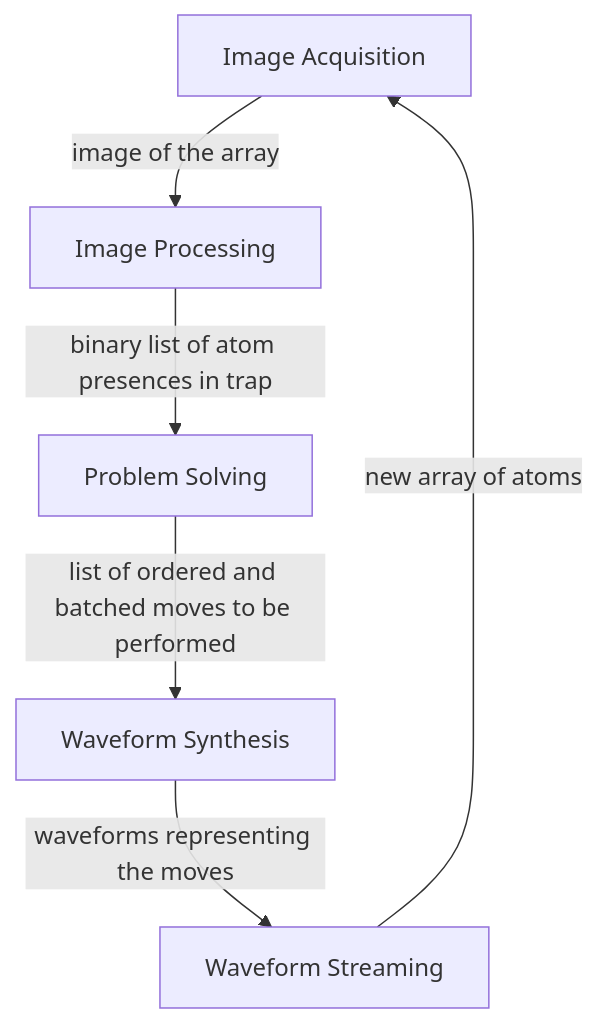
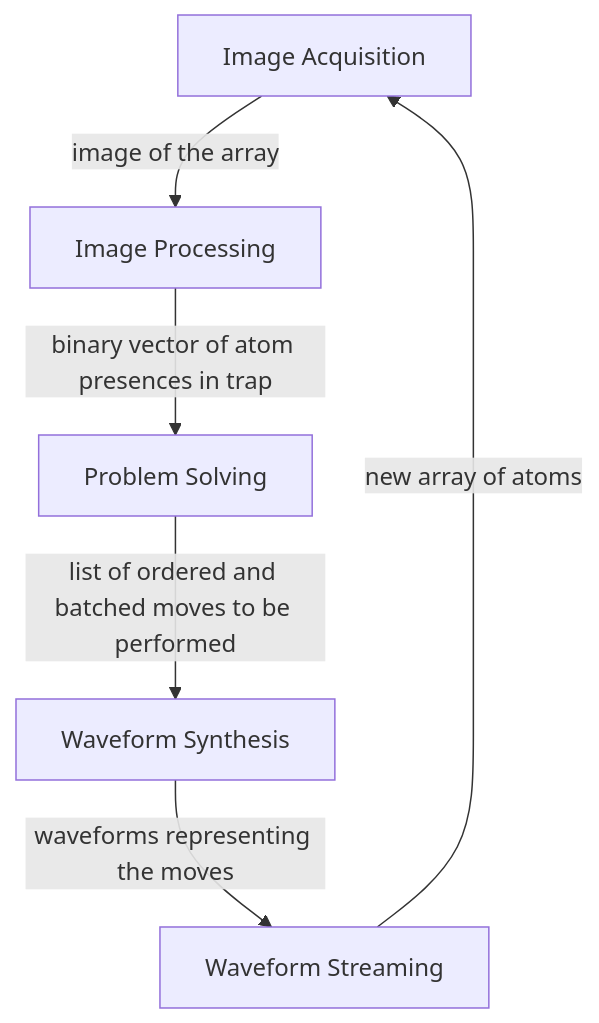
Before and after one commit to TQT-RAAQS/LLRS: the diagram in README.md, drawn with Mermaid. The commit also changed other lines of this file, not shown here.

````diff
--- a/README.md
+++ b/README.md
@@ -5,8 +5,8 @@
 ```mermaid 
 graph TD
 A[Image Acquisition] -->|image of the array| B[Image Processing]  
-B -->|binary list of atom presences in trap| C[Problem Solving] 
+B -->|binary vector of atom presences in trap| C[Problem Solving] 
 C -->|list of ordered and batched moves to be performed| D[Waveform Synthesis] 
 D -->|waveforms representing the moves| E[Waveform Streaming] 
 E -->|new array of atoms| A 
 ```
````
